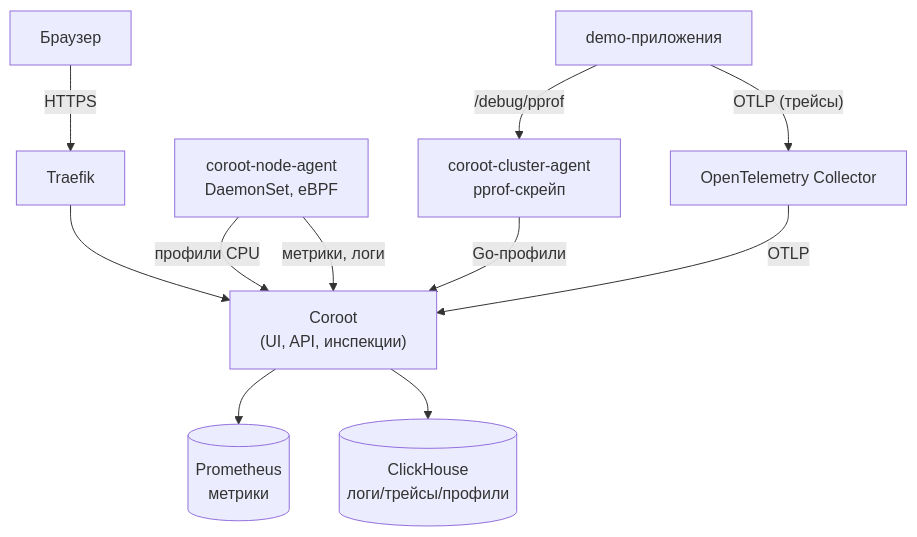
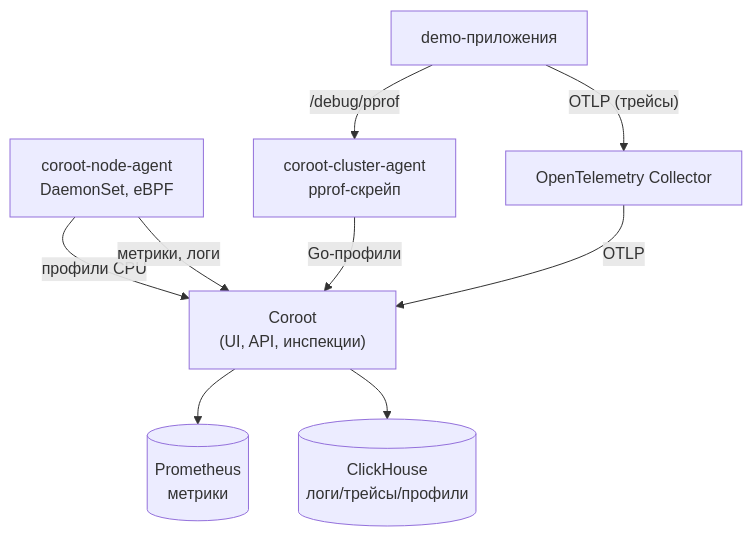
One commit to patsevanton/coroot-kubernetes-observability changed the diagram in README.md. Above: the diagram before and after it, drawn with Mermaid. The commit also changed other lines of this file, not shown here.

````diff
--- a/README.md
+++ b/README.md
@@ -76,16 +76,15 @@
 ```mermaid
 flowchart TB
-    Browser["Браузер"] -->|HTTPS| Ingress["Traefik"]
-    Ingress --> Coroot["Coroot<br/>(UI, API, инспекции)"]
+    Coroot["Coroot<br/>(UI, API, инспекции)"]
 
     Coroot --> PG[(Prometheus<br/>метрики)]
     Coroot --> CH[(ClickHouse<br/>логи/трейсы/профили)]
 
     NodeAgent["coroot-node-agent<br/>DaemonSet, eBPF"] -->|профили CPU| Coroot
     NodeAgent -->|метрики, логи| Coroot
     ClusterAgent["coroot-cluster-agent<br/>pprof-скрейп"] -->|Go-профили| Coroot
 
     App["demo-приложения"] -->|/debug/pprof| ClusterAgent
     App -->|"OTLP (трейсы)"| OTel["OpenTelemetry Collector"]
     OTel -->|OTLP| Coroot
 ```
````
